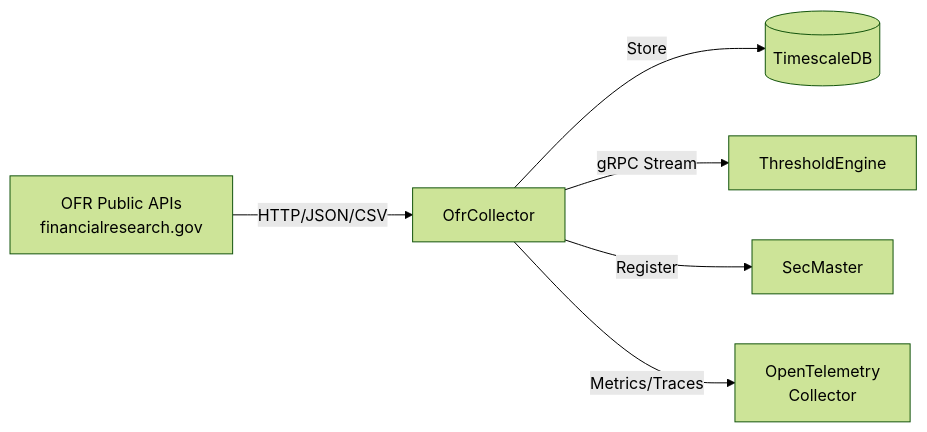
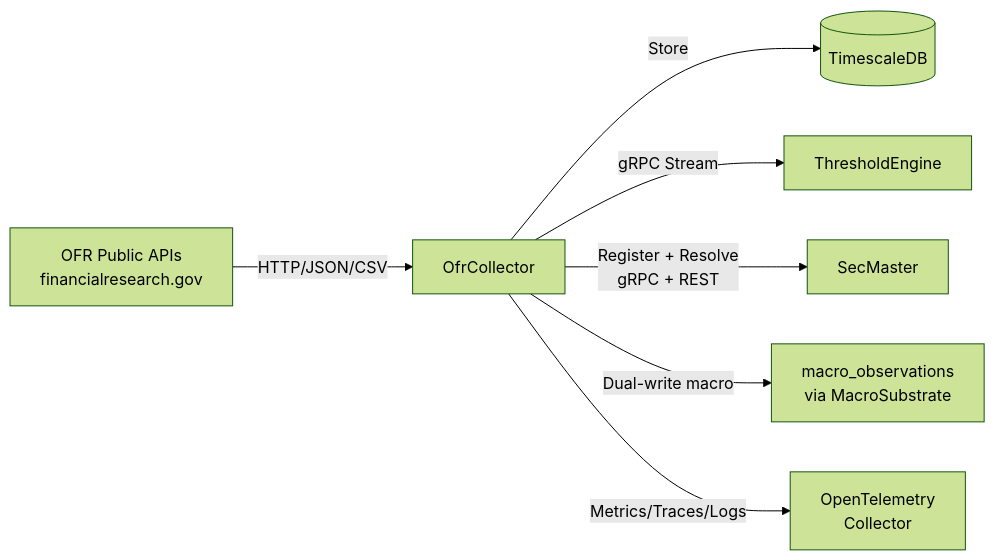
Before and after one commit to jpansarasa/ATLAS-Docs: the diagram in OfrCollector/README.md, drawn with Mermaid (forest theme). The commit also changed other lines of this file, not shown here.

````diff
--- a/OfrCollector/README.md
+++ b/OfrCollector/README.md
@@ -11,8 +11,9 @@
 ```mermaid
 flowchart LR
     OFR[OFR Public APIs<br/>financialresearch.gov] -->|HTTP/JSON/CSV| OC[OfrCollector]
     OC -->|Store| DB[(TimescaleDB)]
     OC -->|gRPC Stream| TE[ThresholdEngine]
-    OC -->|Register| SM[SecMaster]
-    OC -->|Metrics/Traces| OTEL[OpenTelemetry<br/>Collector]
+    OC -->|Register + Resolve<br/>gRPC + REST| SM[SecMaster]
+    OC -->|Dual-write macro| MS[macro_observations<br/>via MacroSubstrate]
+    OC -->|Metrics/Traces/Logs| OTEL[OpenTelemetry<br/>Collector]
 ```
````
